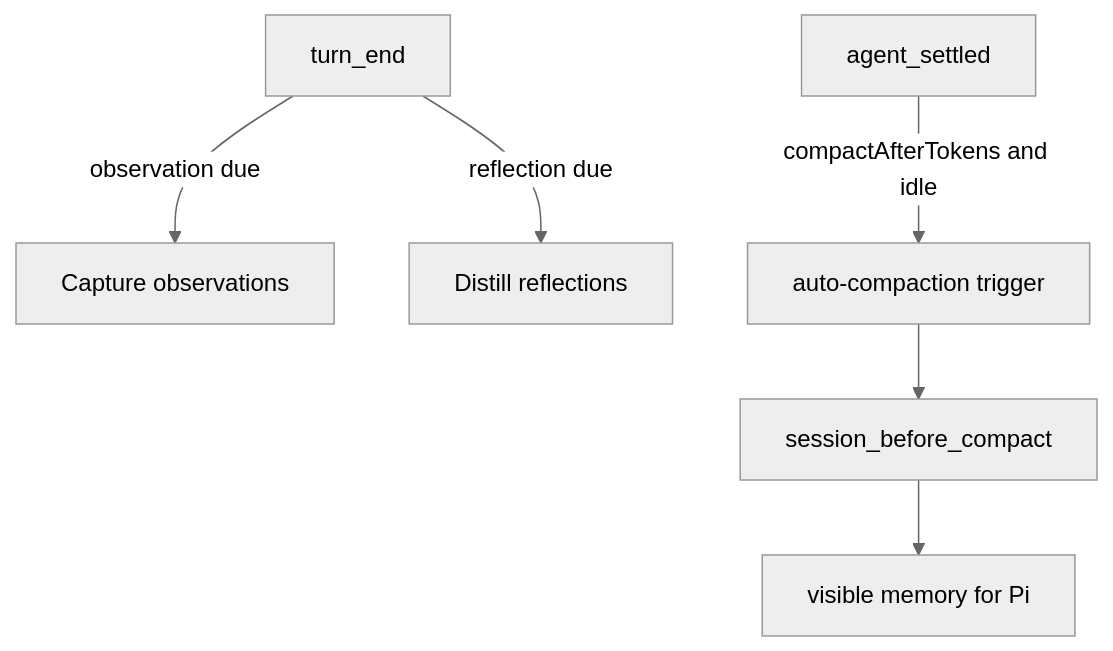
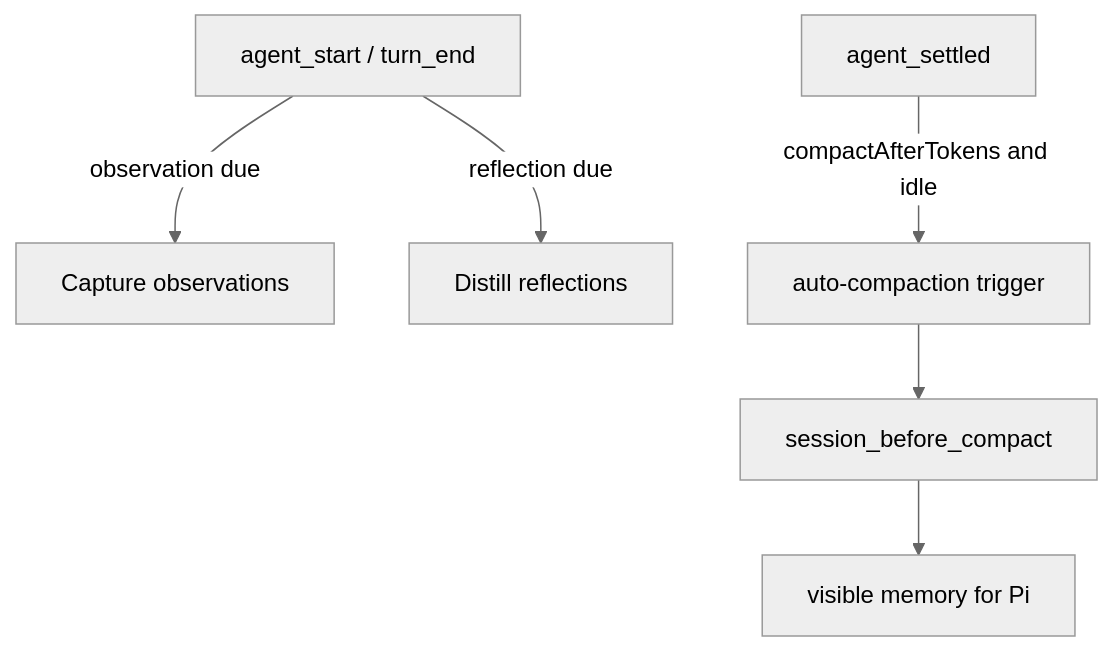
Before and after one commit to drvova/pig-observational-memory: the diagram in README.md, drawn with Mermaid (neutral theme). The commit also changed other lines of this file and 5 other files, not shown here.

````diff
--- a/README.md
+++ b/README.md
@@ -373,14 +373,14 @@
 ```mermaid
 flowchart TD
-    Turn[turn_end]
+    Turn[agent_start / turn_end]
     Observe[Capture observations]
     Reflect[Distill reflections]
     AgentSettled[agent_settled]
     Trigger[auto-compaction trigger]
     Compact[session_before_compact]
     Summary[visible memory for Pi]
 
     Turn -->|observation due| Observe
     Turn -->|reflection due| Reflect
     AgentSettled -->|compactAfterTokens and idle| Trigger --> Compact --> Summary
 ```
````
